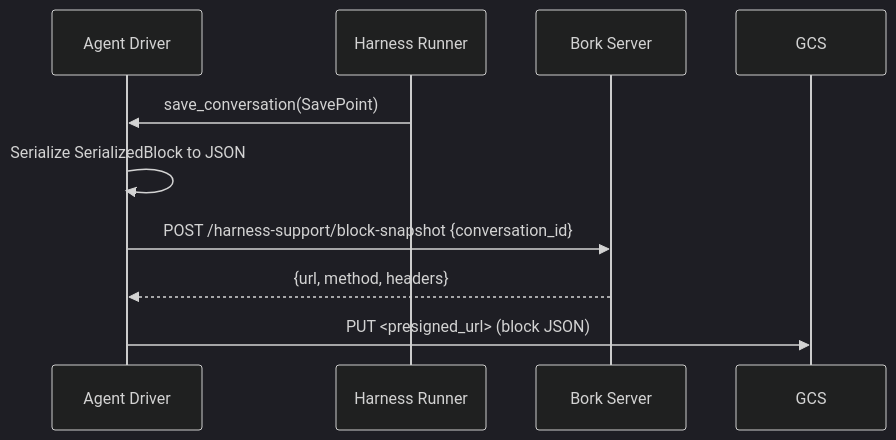
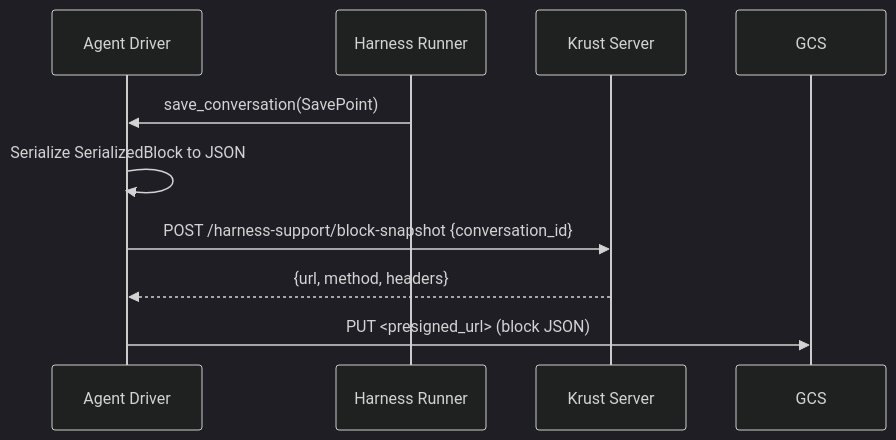
One commit to antikrust/krust-terminal changed the second of 3 diagrams in specs/REMOTE-1332/TECH.md. Above: the diagram before and after it, drawn with Mermaid (dark theme). The commit also changed other lines of this file and 4480 other files, not shown here.

First line of the commit message:
Rebrand Bork -> Krust

````diff
--- a/specs/REMOTE-1332/TECH.md
+++ b/specs/REMOTE-1332/TECH.md
@@ -298,13 +298,13 @@
 ```mermaid
 sequenceDiagram
     participant Driver as Agent Driver
     participant Runner as Harness Runner
-    participant Server as Bork Server
+    participant Server as Krust Server
     participant GCS as GCS
 
     Runner->>Driver: save_conversation(SavePoint)
     Driver->>Driver: Serialize SerializedBlock to JSON
     Driver->>Server: POST /harness-support/block-snapshot {conversation_id}
     Server-->>Driver: {url, method, headers}
     Driver->>GCS: PUT <presigned_url> (block JSON)
 ```
````
